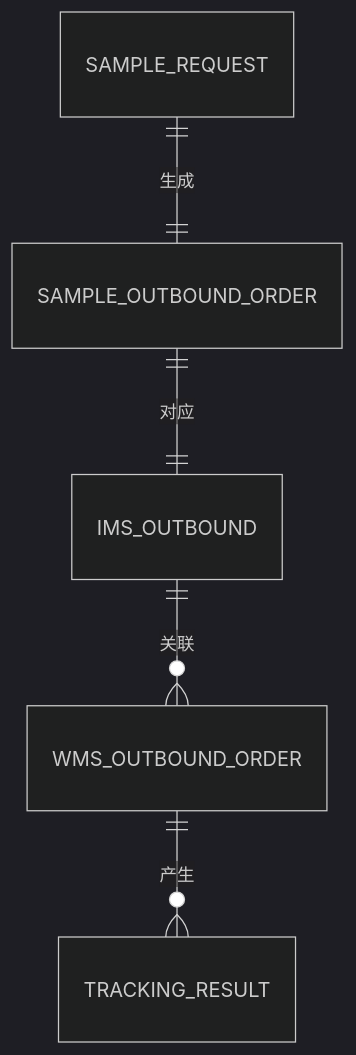
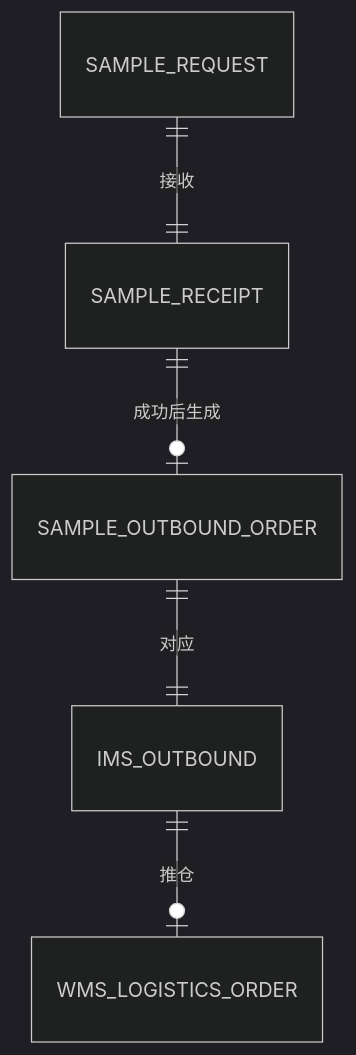
Before and after one commit to arlo-hello/erp-ai-docs-arlo: the second of 2 diagrams in docs/v0.28.7/tasks/0208/product-plan.md, drawn with Mermaid (dark theme). The commit also changed other lines of this file and 9 other files, not shown here.

````diff
--- a/docs/v0.28.7/tasks/0208/product-plan.md
+++ b/docs/v0.28.7/tasks/0208/product-plan.md
@@ -125,7 +121,7 @@
 ```mermaid
 erDiagram
-  SAMPLE_REQUEST ||--|| SAMPLE_OUTBOUND_ORDER : 生成
+  SAMPLE_REQUEST ||--|| SAMPLE_RECEIPT : 接收
+  SAMPLE_RECEIPT ||--o| SAMPLE_OUTBOUND_ORDER : 成功后生成
   SAMPLE_OUTBOUND_ORDER ||--|| IMS_OUTBOUND : 对应
-  IMS_OUTBOUND ||--o{ WMS_OUTBOUND_ORDER : 关联
-  WMS_OUTBOUND_ORDER ||--o{ TRACKING_RESULT : 产生
+  IMS_OUTBOUND ||--o| WMS_LOGISTICS_ORDER : 推仓
 ```
````
